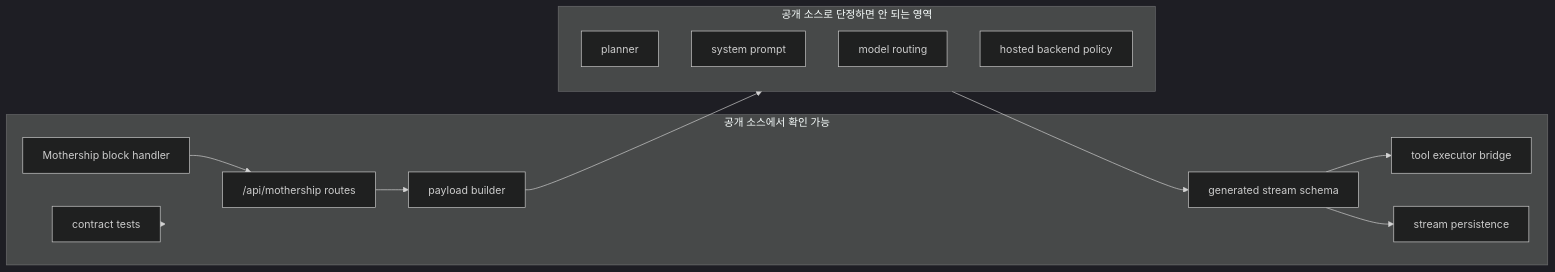
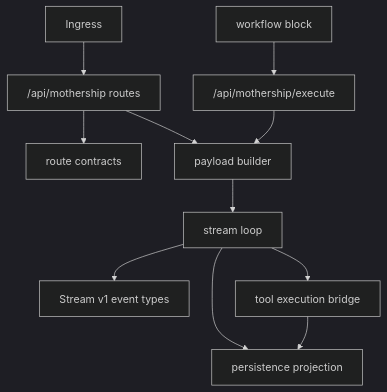
One commit to nfbs2000/speaky-sim changed the first of 3 diagrams in site/docs/mothership-contract/index.md. Above: the diagram before and after it, drawn with Mermaid (dark theme). The commit also changed other lines of this file and 21 other files, not shown here.

````diff
--- a/site/docs/mothership-contract/index.md
+++ b/site/docs/mothership-contract/index.md
@@ -42,25 +7,13 @@
 ```mermaid
-flowchart LR
-  subgraph Public["공개 소스에서 확인 가능"]
-    Routes["/api/mothership routes"]
-    Payload["payload builder"]
-    Stream["generated stream schema"]
-    ToolBridge["tool executor bridge"]
-    Store["stream persistence"]
-    Block["Mothership block handler"]
-    Tests["contract tests"]
-  end
-
-  subgraph Private["공개 소스로 단정하면 안 되는 영역"]
-    Planner["planner"]
-    Prompt["system prompt"]
-    ModelRouting["model routing"]
-    BackendPolicy["hosted backend policy"]
-  end
-
-  Routes --> Payload --> Private
-  Private --> Stream --> ToolBridge
-  Stream --> Store
-  Block --> Routes
-  Tests --> Public
+flowchart TB
+  Ingress["Ingress"] --> Api["/api/mothership routes"]
+  Api --> Contract["route contracts"]
+  Api --> Payload["payload builder"]
+  Payload --> Stream["stream loop"]
+  Stream --> Events["Stream v1 event types"]
+  Stream --> ToolBridge["tool execution bridge"]
+  Stream --> Projection["persistence projection"]
+  ToolBridge --> Projection
+  Workflow["workflow block"] --> Execute["/api/mothership/execute"]
+  Execute --> Payload
 ```
````
